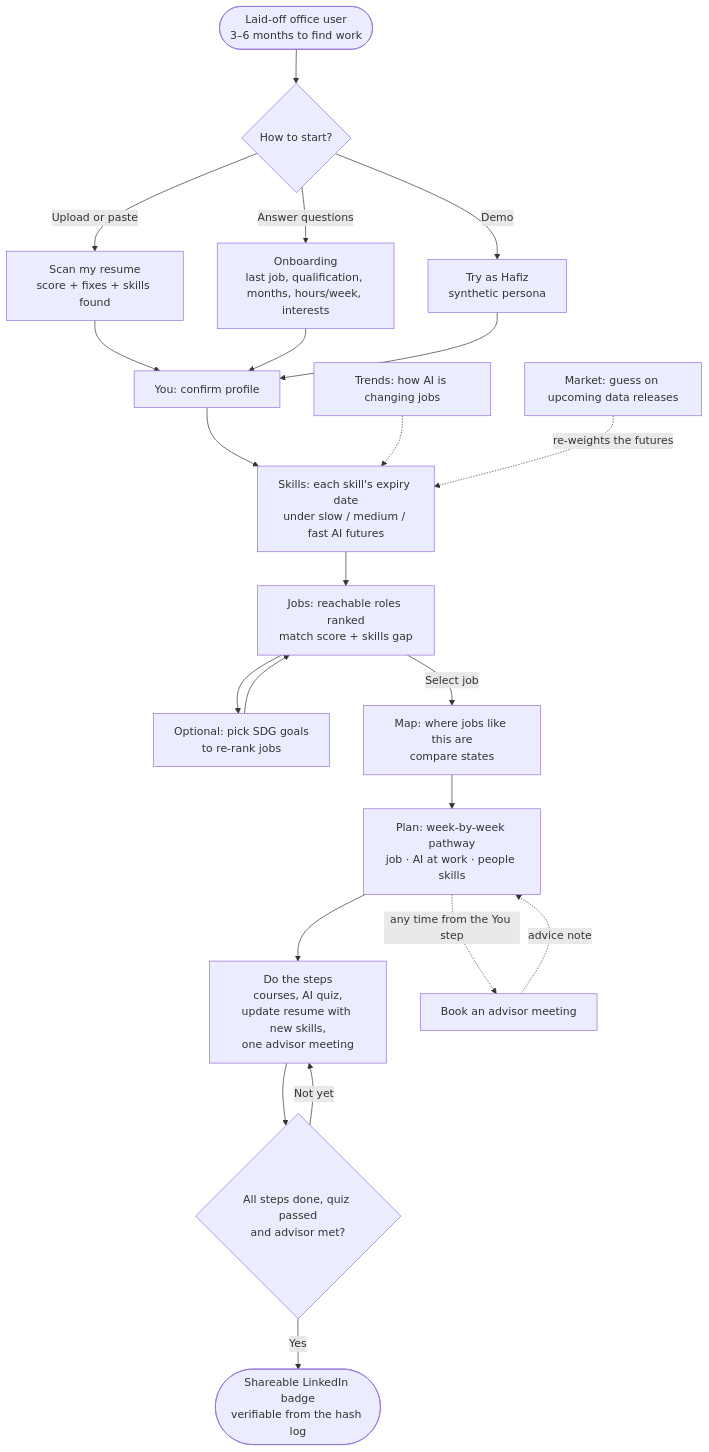
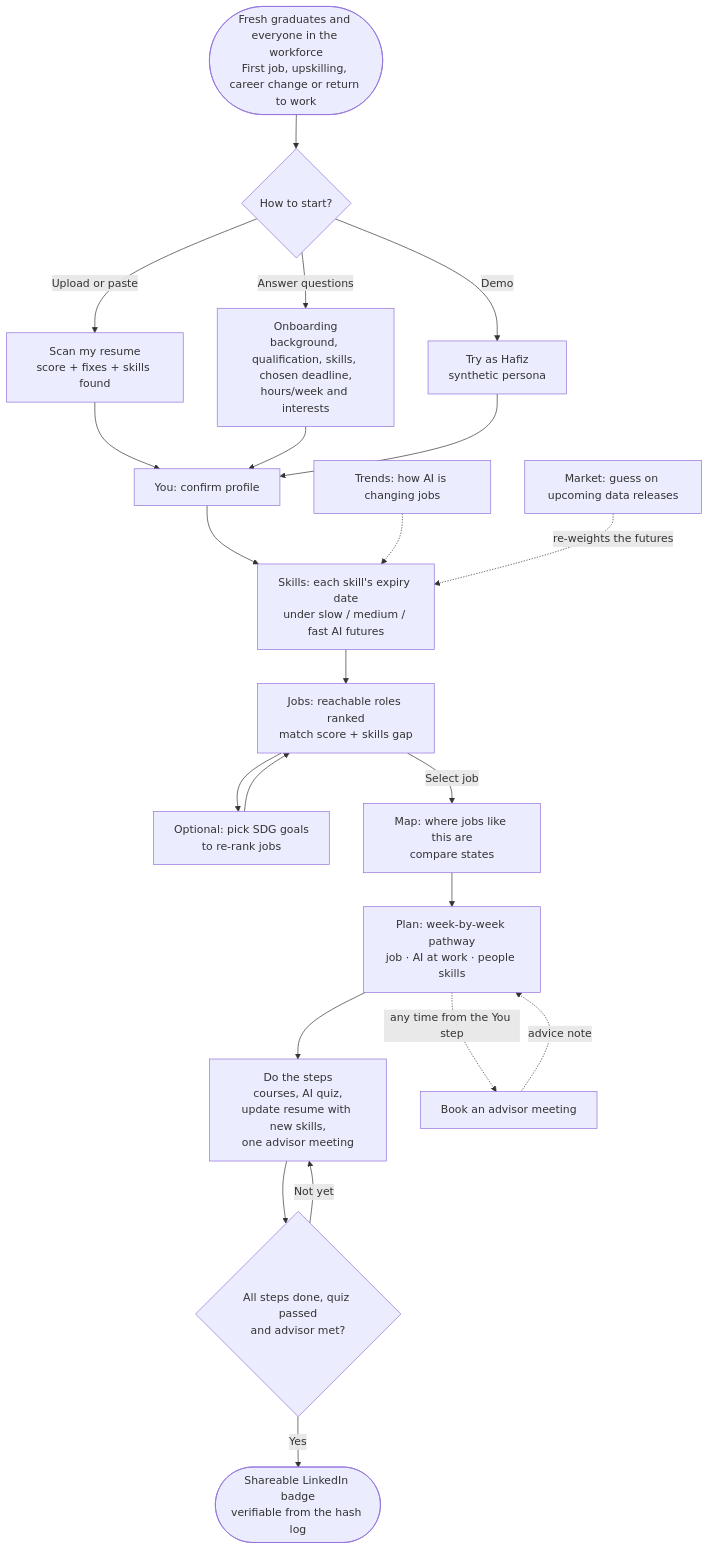
One commit to yabgzichien/SDCHack-slaynergy changed the first of 2 diagrams in README.md. Above: the diagram before and after it, drawn with Mermaid. The commit also changed other lines of this file and 3 other files, not shown here.

````diff
--- a/README.md
+++ b/README.md
@@ -105,26 +105,26 @@
 ```mermaid
 flowchart TD
-    A([Laid-off office user<br/>3–6 months to find work]) --> B{How to start?}
+    A([Fresh graduates and everyone in the workforce<br/>First job, upskilling, career change or return to work]) --> B{How to start?}
     B -->|Upload or paste| C[Scan my resume<br/>score + fixes + skills found]
-    B -->|Answer questions| D[Onboarding<br/>last job, qualification, months, hours/week, interests]
+    B -->|Answer questions| D[Onboarding<br/>background, qualification, skills, chosen deadline,<br/>hours/week and interests]
     B -->|Demo| E[Try as Hafiz<br/>synthetic persona]
     C --> F[You: confirm profile]
     D --> F
     E --> F
     F --> G[Skills: each skill's expiry date<br/>under slow / medium / fast AI futures]
     G --> H[Jobs: reachable roles ranked<br/>match score + skills gap]
     H --> H2[Optional: pick SDG goals<br/>to re-rank jobs]
     H2 --> H
     H -->|Select job| M[Map: where jobs like this are<br/>compare states]
     M --> I[Plan: week-by-week pathway<br/>job · AI at work · people skills]
     I --> J[Do the steps<br/>courses, AI quiz,<br/>update resume with new skills,<br/>one advisor meeting]
     J --> K{All steps done, quiz passed<br/>and advisor met?}
     K -->|Not yet| J
     K -->|Yes| N([Shareable LinkedIn badge<br/>verifiable from the hash log])
 
     I -.->|any time from the You step| ADV[Book an advisor meeting]
     ADV -.->|advice note| I
 
     T[Trends: how AI is changing jobs] -.-> G
     MK[Market: guess on upcoming data releases] -.->|re-weights the futures| G
 ```
````
